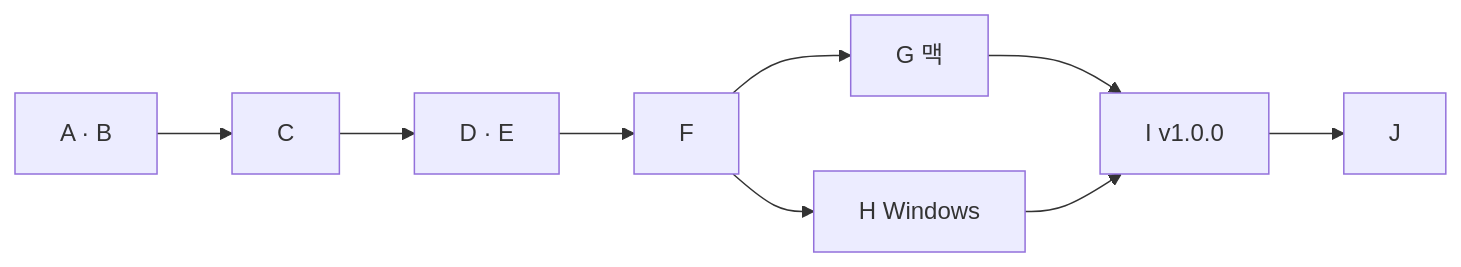
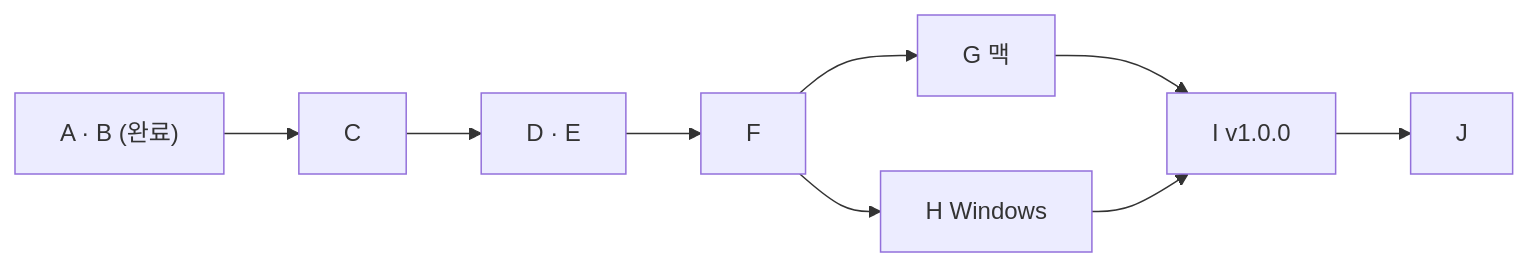
The second of 2 diagrams in docs/2026-11-23-skill-drive-v1-status-and-handoff.md (Seosiju/my-skills), drawn with Mermaid before and after one commit. The commit also changed other lines of this file, not shown here.

````diff
--- a/docs/2026-11-23-skill-drive-v1-status-and-handoff.md
+++ b/docs/2026-11-23-skill-drive-v1-status-and-handoff.md
@@ -203,9 +214,9 @@
 ```mermaid
 flowchart LR
-  AB["A · B"] --> C["C"] --> DE["D · E"] --> F["F"]
+  AB["A · B (완료)"] --> C["C"] --> DE["D · E"] --> F["F"]
   F --> G["G 맥"]
   F --> H["H Windows"]
   G --> I["I v1.0.0"]
   H --> I
   I --> J["J"]
 ```
````
